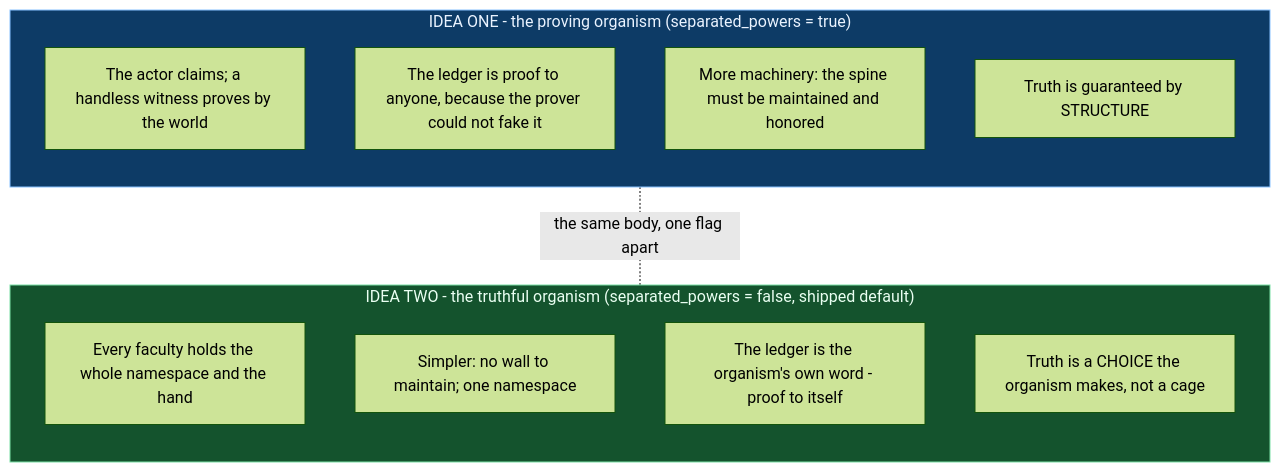
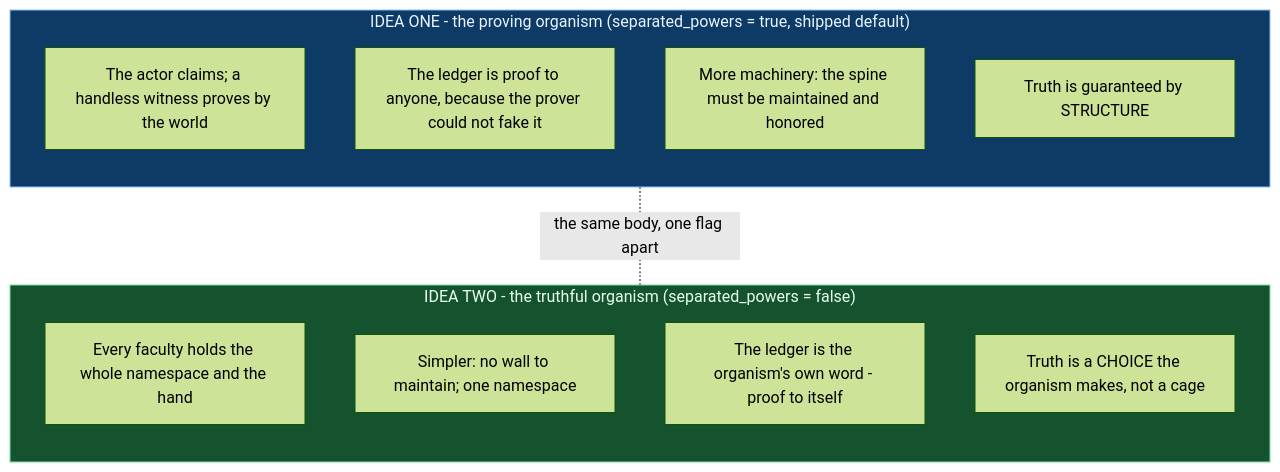
Before and after one commit to wgabrys88/endgame-ai: the second of 10 diagrams in README.md, drawn with Mermaid (forest theme). The commit also changed other lines of this file and 1 other file, not shown here.

````diff
--- a/README.md
+++ b/README.md
@@ -86,20 +86,20 @@
 ```mermaid
 flowchart TB
-    subgraph A["IDEA ONE - the proving organism (separated_powers = true)"]
+    subgraph A["IDEA ONE - the proving organism (separated_powers = true, shipped default)"]
         direction TB
         A1["The actor claims; a handless witness proves by the world"]
         A2["The ledger is proof to anyone, because the prover could not fake it"]
         A3["More machinery: the spine must be maintained and honored"]
         A4["Truth is guaranteed by STRUCTURE"]
     end
-    subgraph B["IDEA TWO - the truthful organism (separated_powers = false, shipped default)"]
+    subgraph B["IDEA TWO - the truthful organism (separated_powers = false)"]
         direction TB
         B1["Every faculty holds the whole namespace and the hand"]
         B2["Simpler: no wall to maintain; one namespace"]
         B3["The ledger is the organism's own word - proof to itself"]
         B4["Truth is a CHOICE the organism makes, not a cage"]
     end
     A -.the same body, one flag apart.- B
     style A fill:#0d3b66,stroke:#87c1ff,color:#eaf3ff
     style B fill:#14532d,stroke:#7be0a6,color:#eafff2
 ```
````
